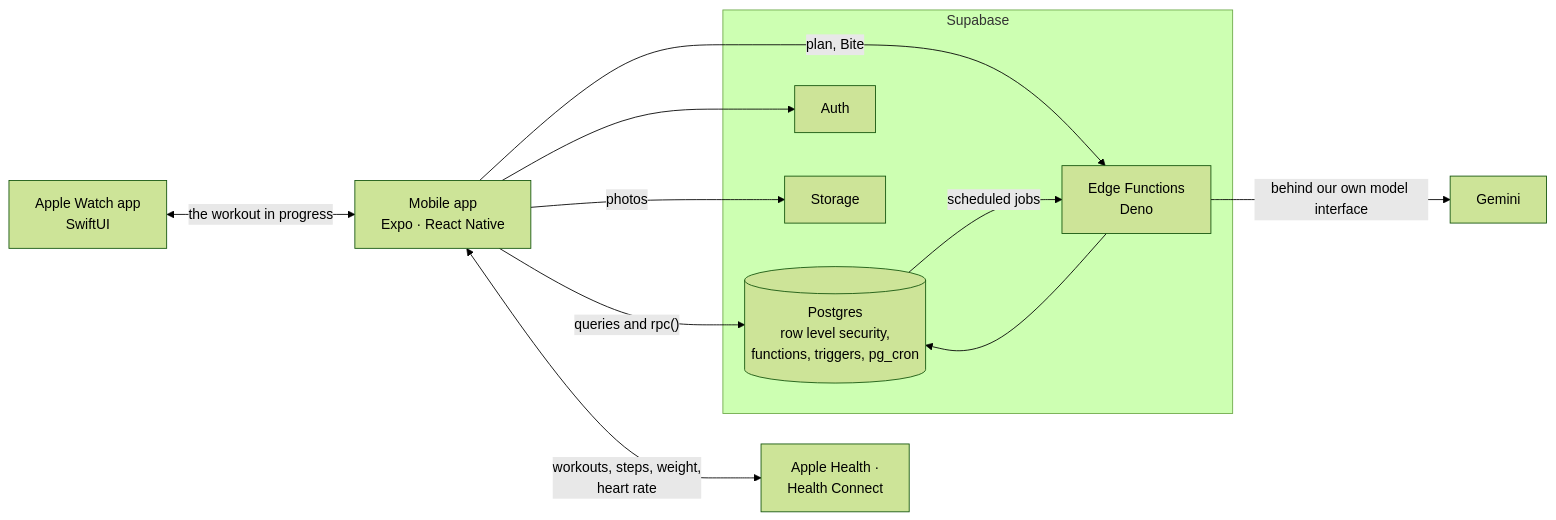
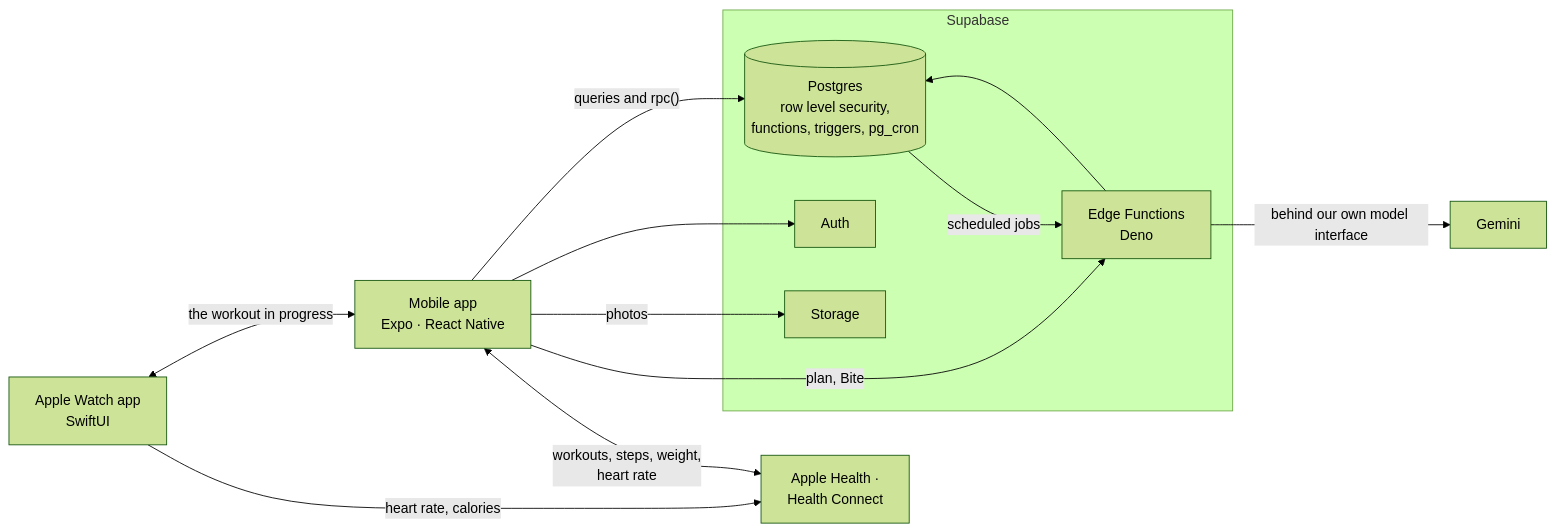
One commit to Kaandroids/benchbite changed the diagram in README.md. Above: the diagram before and after it, drawn with Mermaid (forest theme). The commit also changed other lines of this file, not shown here.

First line of the commit message:
docs: state the watch, health and premium claims in the readme as they are

````diff
--- a/README.md
+++ b/README.md
@@ -94,23 +96,24 @@
 ```mermaid
 flowchart LR
   watch["Apple Watch app<br/>SwiftUI"]
   health["Apple Health ·<br/>Health Connect"]
   app["Mobile app<br/>Expo · React Native"]
   subgraph supabase["Supabase"]
     db[("Postgres<br/>row level security,<br/>functions, triggers, pg_cron")]
     auth["Auth"]
     storage["Storage"]
     fn["Edge Functions<br/>Deno"]
   end
   gemini["Gemini"]
 
   watch <-- "the workout in progress" --> app
+  watch -- "heart rate, calories" --> health
   app <-- "workouts, steps, weight,<br/>heart rate" --> health
   app -- "queries and rpc()" --> db
   app --> auth
   app -- "photos" --> storage
   app -- "plan, Bite" --> fn
   fn --> db
   fn -- "behind our own model interface" --> gemini
   db -- "scheduled jobs" --> fn
 ```
````
